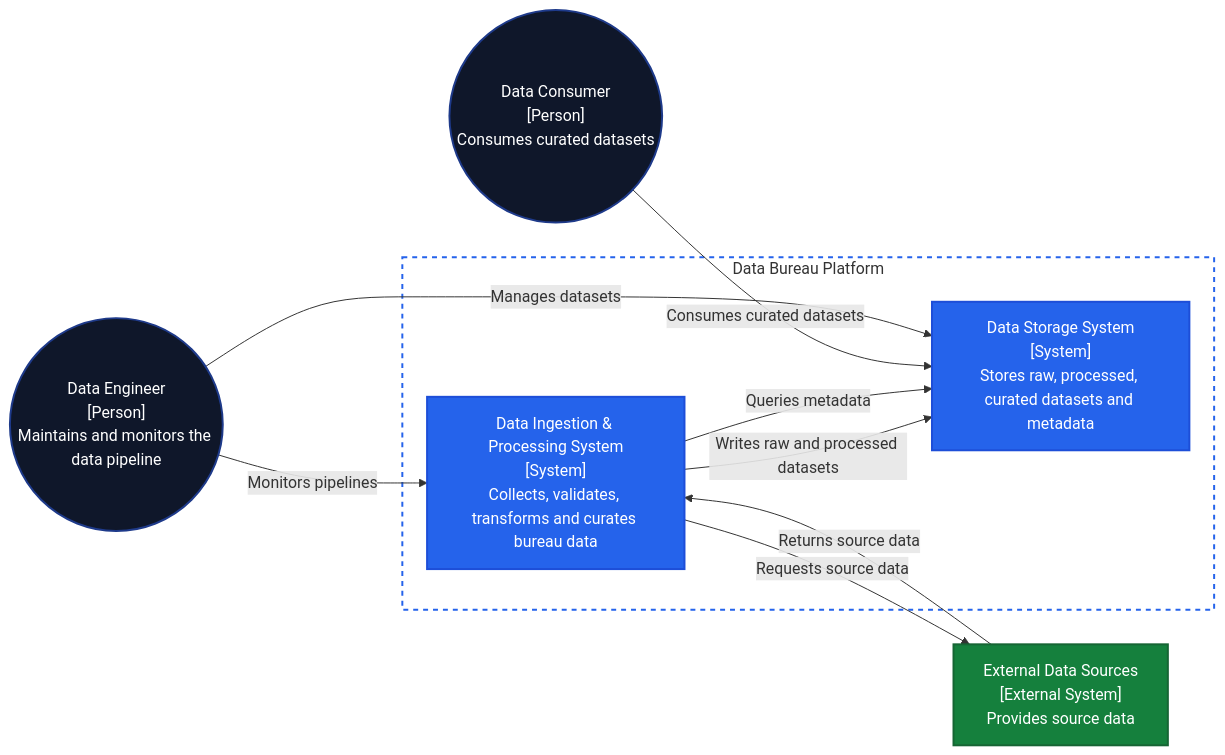
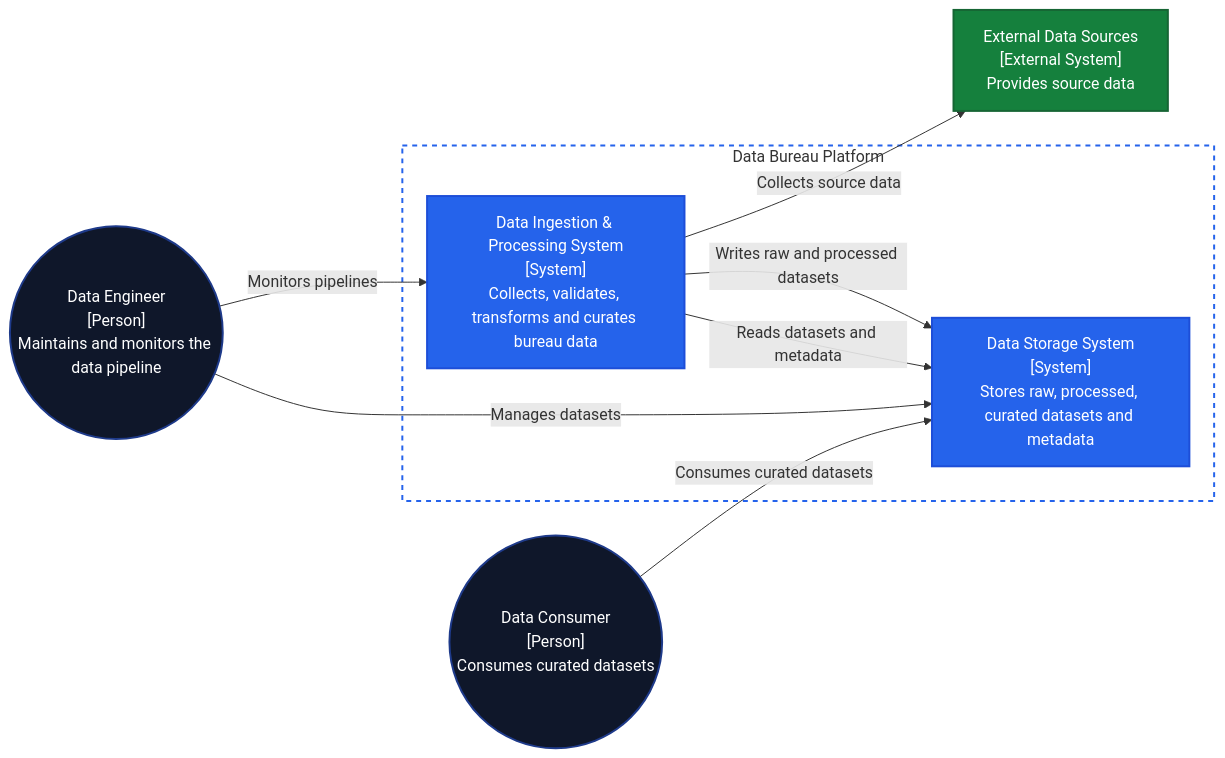
Before and after one commit to mentoria-edu/data_vet: the diagram in docs/c4/level_1_context/level_1_context.md, drawn with Mermaid. The commit also changed 5 other files, not shown here.

````diff
--- a/docs/c4/level_1_context/level_1_context.md
+++ b/docs/c4/level_1_context/level_1_context.md
@@ -1,52 +1,50 @@
 ```mermaid
 flowchart LR
 
     USER(("Data Consumer<br/>[Person]<br/>Consumes curated datasets"))
 
     ENGINEER(("Data Engineer<br/>[Person]<br/>Maintains and monitors the data pipeline"))
 
     SOURCES["External Data Sources<br/>[External System]<br/>Provides source data"]
 
     subgraph DATA_BUREAU_BOUNDARY["Data Bureau Platform"]
 
         INGESTION_PROCESSING["Data Ingestion & Processing System<br/>[System]<br/>Collects, validates, transforms and curates bureau data"]
 
         STORAGE_SYSTEM["Data Storage System<br/>[System]<br/>Stores raw, processed, curated datasets and metadata"]
 
     end
 
-    INGESTION_PROCESSING -->|Requests source data| SOURCES
-
-    SOURCES -->|Returns source data| INGESTION_PROCESSING
-
+    INGESTION_PROCESSING -->|Collects source data| SOURCES
+    
     INGESTION_PROCESSING -->|Writes raw and processed datasets| STORAGE_SYSTEM
 
-    INGESTION_PROCESSING -->|Queries metadata| STORAGE_SYSTEM
+    INGESTION_PROCESSING -->|Reads datasets and metadata| STORAGE_SYSTEM
 
     USER -->|Consumes curated datasets| STORAGE_SYSTEM
 
     ENGINEER -->|Monitors pipelines| INGESTION_PROCESSING
 
     ENGINEER -->|Manages datasets| STORAGE_SYSTEM
 
     %% =========================
     %% STANDARD COLORS
     %% =========================
 
     %% Actors
     classDef actor fill:#0F172A,stroke:#1E3A8A,color:#FFFFFF,stroke-width:2px;
 
     %% Internal System
     classDef internal fill:#2563EB,stroke:#1D4ED8,color:#FFFFFF,stroke-width:2px;
 
     %% External System
     classDef external fill:#15803D,stroke:#166534,color:#FFFFFF,stroke-width:2px;
 
     %% Boundary
     style DATA_BUREAU_BOUNDARY fill:none,stroke:#2563EB,stroke-width:2px,stroke-dasharray: 5 5
 
     %% Class assignment
     class USER,ENGINEER actor;
     class INGESTION_PROCESSING,STORAGE_SYSTEM internal;
     class SOURCES external;
 ```
````
